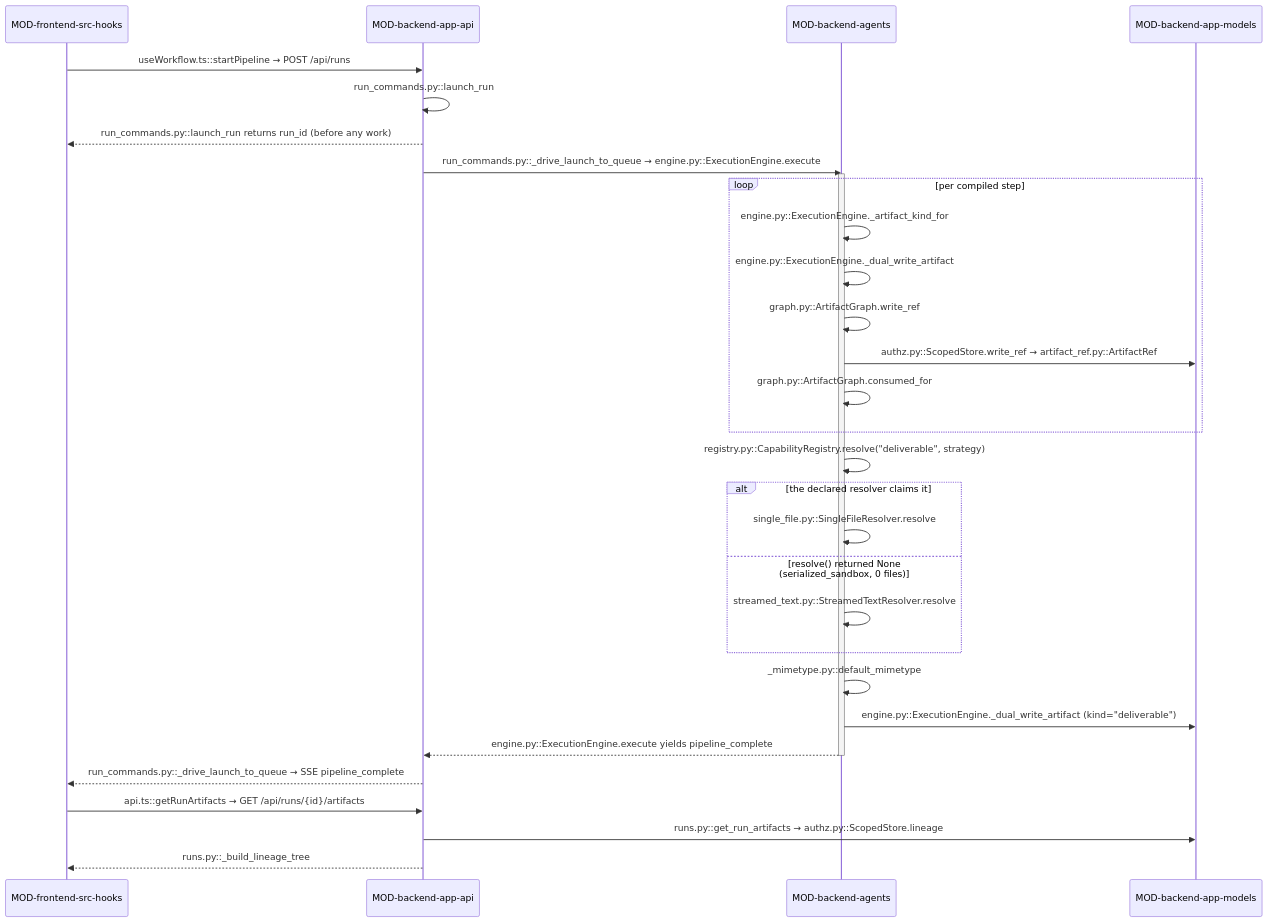
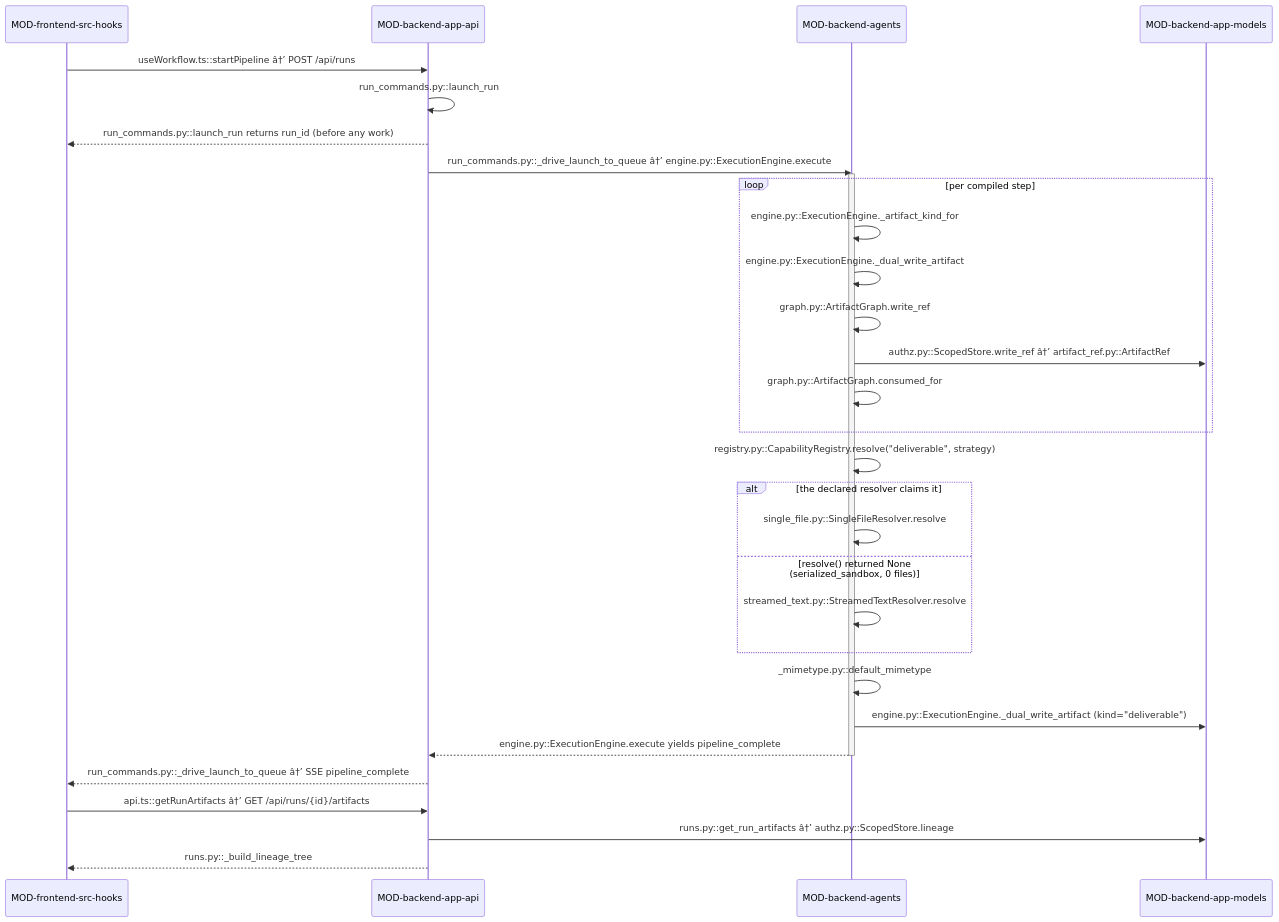
The second of 2 diagrams in .knowledge/architecture/DOMAIN-deliverables-and-artifacts.md (prateek-sinha7/IdeaFlowAI), drawn with Mermaid before and after one commit. The commit also changed other lines of this file and 791 other files, not shown here.

````diff
--- a/.knowledge/architecture/DOMAIN-deliverables-and-artifacts.md
+++ b/.knowledge/architecture/DOMAIN-deliverables-and-artifacts.md
@@ -159,34 +160,34 @@
 ```mermaid
 sequenceDiagram
     participant MOD-frontend-src-hooks
     participant MOD-backend-app-api
     participant MOD-backend-agents
     participant MOD-backend-app-models
 
-    MOD-frontend-src-hooks->>MOD-backend-app-api: useWorkflow.ts::startPipeline → POST /api/runs
+    MOD-frontend-src-hooks->>MOD-backend-app-api: useWorkflow.ts::startPipeline â†’ POST /api/runs
     MOD-backend-app-api->>MOD-backend-app-api: run_commands.py::launch_run
     MOD-backend-app-api-->>MOD-frontend-src-hooks: run_commands.py::launch_run returns run_id (before any work)
-    MOD-backend-app-api->>MOD-backend-agents: run_commands.py::_drive_launch_to_queue → engine.py::ExecutionEngine.execute
+    MOD-backend-app-api->>MOD-backend-agents: run_commands.py::_drive_launch_to_queue â†’ engine.py::ExecutionEngine.execute
     activate MOD-backend-agents
     loop per compiled step
         MOD-backend-agents->>MOD-backend-agents: engine.py::ExecutionEngine._artifact_kind_for
         MOD-backend-agents->>MOD-backend-agents: engine.py::ExecutionEngine._dual_write_artifact
         MOD-backend-agents->>MOD-backend-agents: graph.py::ArtifactGraph.write_ref
-        MOD-backend-agents->>MOD-backend-app-models: authz.py::ScopedStore.write_ref → artifact_ref.py::ArtifactRef
+        MOD-backend-agents->>MOD-backend-app-models: authz.py::ScopedStore.write_ref â†’ artifact_ref.py::ArtifactRef
         MOD-backend-agents->>MOD-backend-agents: graph.py::ArtifactGraph.consumed_for
     end
     MOD-backend-agents->>MOD-backend-agents: registry.py::CapabilityRegistry.resolve("deliverable", strategy)
     alt the declared resolver claims it
         MOD-backend-agents->>MOD-backend-agents: single_file.py::SingleFileResolver.resolve
     else resolve() returned None (serialized_sandbox, 0 files)
         MOD-backend-agents->>MOD-backend-agents: streamed_text.py::StreamedTextResolver.resolve
     end
     MOD-backend-agents->>MOD-backend-agents: _mimetype.py::default_mimetype
     MOD-backend-agents->>MOD-backend-app-models: engine.py::ExecutionEngine._dual_write_artifact (kind="deliverable")
     MOD-backend-agents-->>MOD-backend-app-api: engine.py::ExecutionEngine.execute yields pipeline_complete
     deactivate MOD-backend-agents
-    MOD-backend-app-api-->>MOD-frontend-src-hooks: run_commands.py::_drive_launch_to_queue → SSE pipeline_complete
-    MOD-frontend-src-hooks->>MOD-backend-app-api: api.ts::getRunArtifacts → GET /api/runs/{id}/artifacts
-    MOD-backend-app-api->>MOD-backend-app-models: runs.py::get_run_artifacts → authz.py::ScopedStore.lineage
+    MOD-backend-app-api-->>MOD-frontend-src-hooks: run_commands.py::_drive_launch_to_queue â†’ SSE pipeline_complete
+    MOD-frontend-src-hooks->>MOD-backend-app-api: api.ts::getRunArtifacts â†’ GET /api/runs/{id}/artifacts
+    MOD-backend-app-api->>MOD-backend-app-models: runs.py::get_run_artifacts â†’ authz.py::ScopedStore.lineage
     MOD-backend-app-api-->>MOD-frontend-src-hooks: runs.py::_build_lineage_tree
 ```
````
